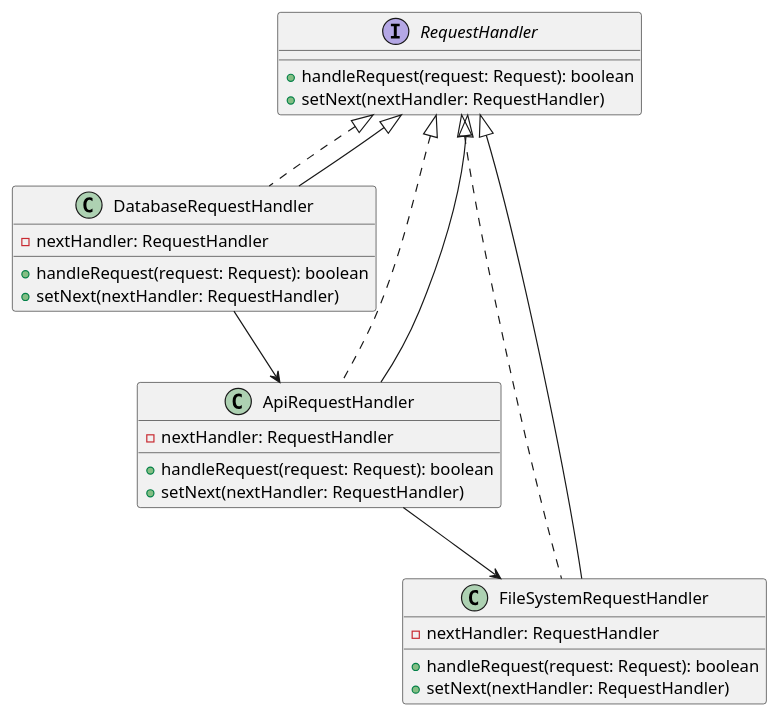
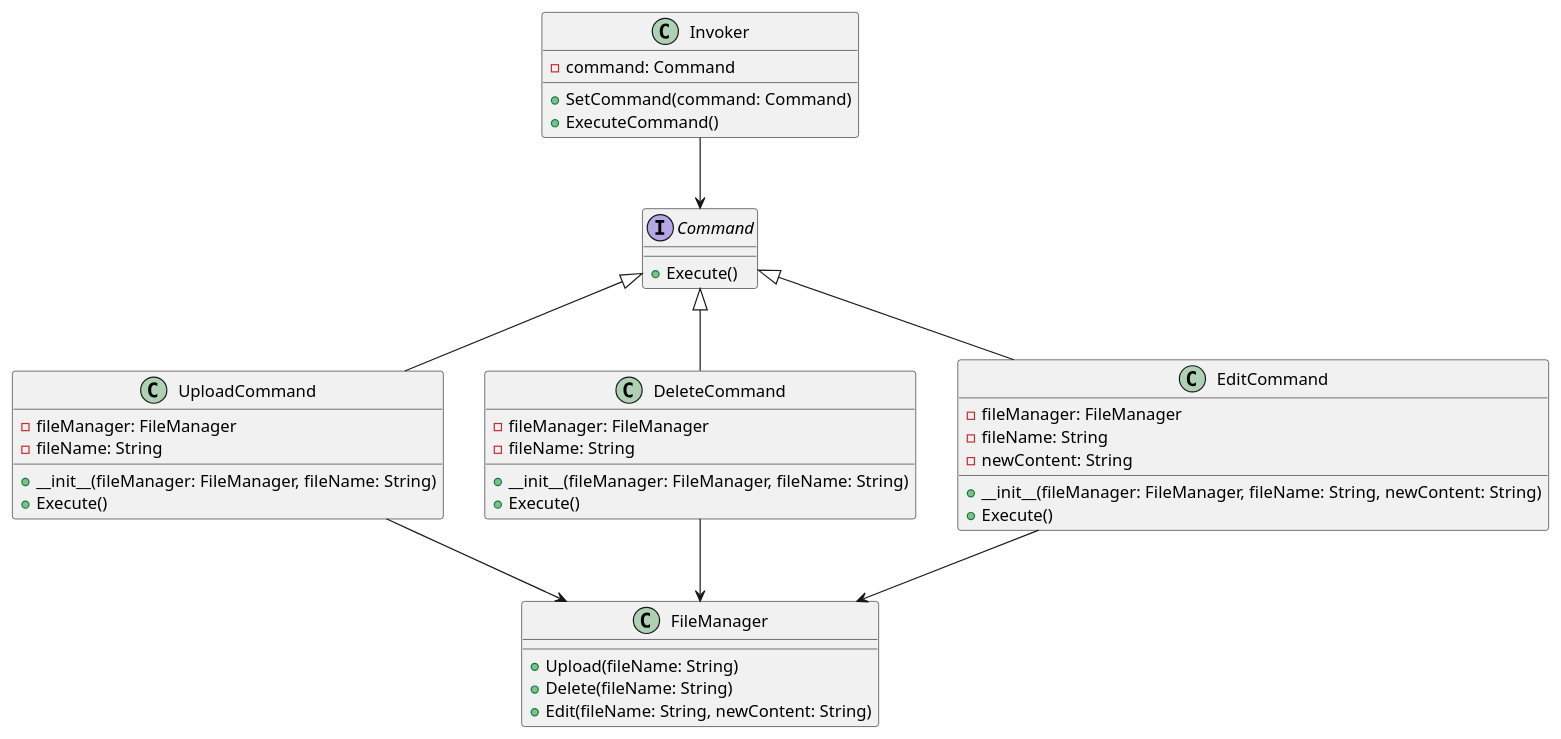
The diagram in klassifikaciya-patternov/povedencheskie-patterny-behavioral-patterns/komanda-command/primery/obrabotka-failov-i-zagruzok/go.md (andrewovchinnikov/design-patterns), drawn with PlantUML before and after one commit. The commit also changed other lines of this file and 79 other files, not shown here.

````diff
--- a/klassifikaciya-patternov/povedencheskie-patterny-behavioral-patterns/komanda-command/primery/obrabotka-failov-i-zagruzok/go.md
+++ b/klassifikaciya-patternov/povedencheskie-patterny-behavioral-patterns/komanda-command/primery/obrabotka-failov-i-zagruzok/go.md
@@ -14,32 +141,49 @@
 ```plantuml
 @startuml
-interface RequestHandler {
-    +handleRequest(request: Request): boolean
-    +setNext(nextHandler: RequestHandler)
+interface Command {
+    +Execute()
 }
 
-class DatabaseRequestHandler implements RequestHandler {
-    -nextHandler: RequestHandler
-    +handleRequest(request: Request): boolean
-    +setNext(nextHandler: RequestHandler)
+class UploadCommand {
+    -fileManager: FileManager
+    -fileName: String
+    +__init__(fileManager: FileManager, fileName: String)
+    +Execute()
 }
 
-class ApiRequestHandler implements RequestHandler {
-    -nextHandler: RequestHandler
-    +handleRequest(request: Request): boolean
-    +setNext(nextHandler: RequestHandler)
+class DeleteCommand {
+    -fileManager: FileManager
+    -fileName: String
+    +__init__(fileManager: FileManager, fileName: String)
+    +Execute()
 }
 
-class FileSystemRequestHandler implements RequestHandler {
-    -nextHandler: RequestHandler
-    +handleRequest(request: Request): boolean
-    +setNext(nextHandler: RequestHandler)
+class EditCommand {
+    -fileManager: FileManager
+    -fileName: String
+    -newContent: String
+    +__init__(fileManager: FileManager, fileName: String, newContent: String)
+    +Execute()
 }
 
-RequestHandler <|-- DatabaseRequestHandler
-RequestHandler <|-- ApiRequestHandler
-RequestHandler <|-- FileSystemRequestHandler
-DatabaseRequestHandler --> ApiRequestHandler
-ApiRequestHandler --> FileSystemRequestHandler
+class FileManager {
+    +Upload(fileName: String)
+    +Delete(fileName: String)
+    +Edit(fileName: String, newContent: String)
+}
+
+class Invoker {
+    -command: Command
+    +SetCommand(command: Command)
+    +ExecuteCommand()
+}
+
+Command <|-- UploadCommand
+Command <|-- DeleteCommand
+Command <|-- EditCommand
+UploadCommand --> FileManager
+DeleteCommand --> FileManager
+EditCommand --> FileManager
+Invoker --> Command
 @enduml
 ```
````
